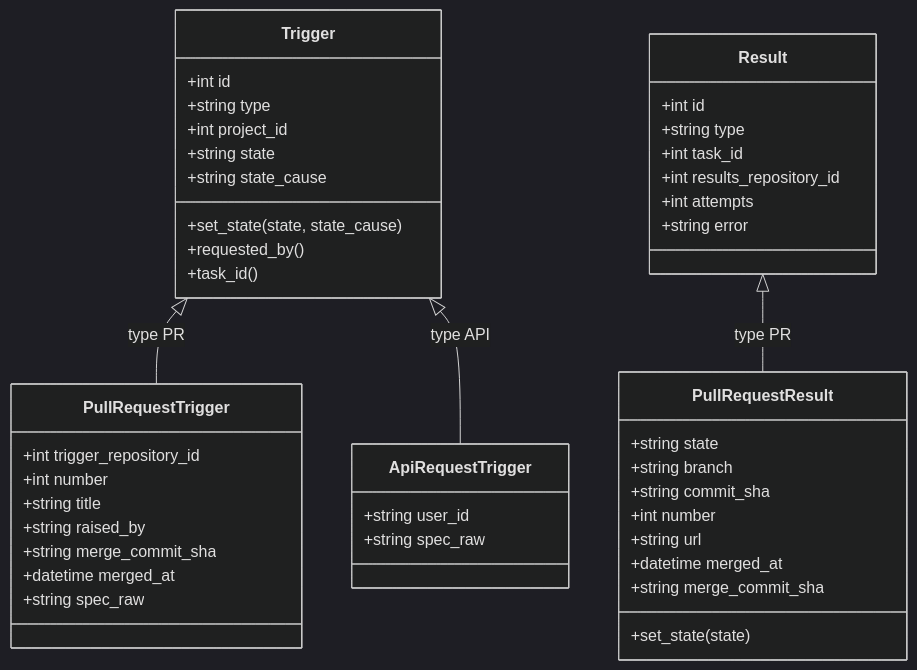
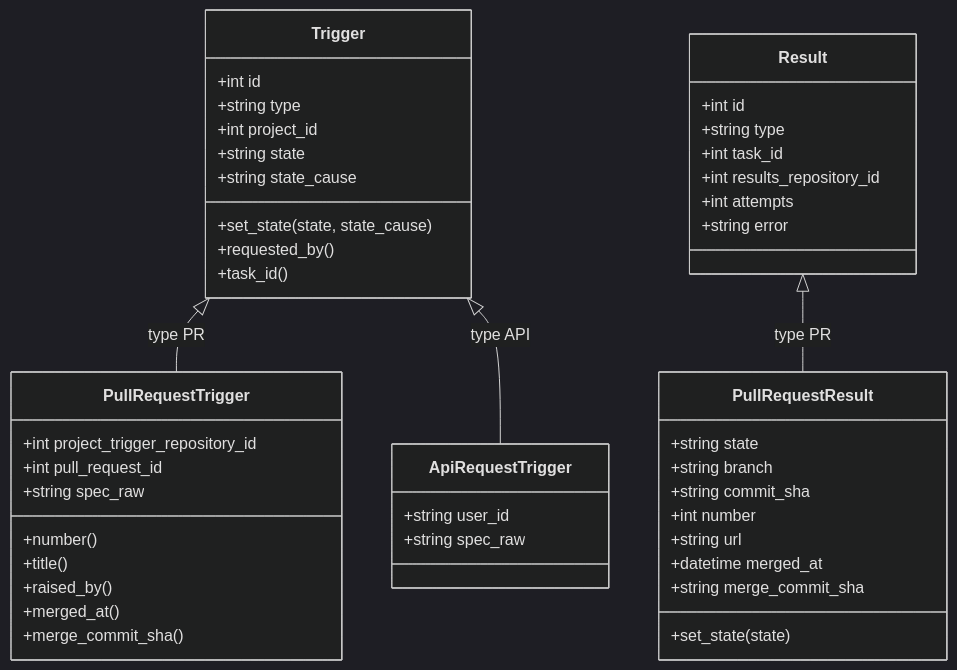
Before and after one commit to Aridhia-Open-Source/PHEMS_federated_node: the second of 5 diagrams in docs/architecture/entities.md, drawn with Mermaid (dark theme). The commit also changed other lines of this file and 15 other files, not shown here.

````diff
--- a/docs/architecture/entities.md
+++ b/docs/architecture/entities.md
@@ -139,48 +177,49 @@
 ```mermaid
 classDiagram
     class Trigger {
         +int id
         +string type
         +int project_id
         +string state
         +string state_cause
         +set_state(state, state_cause)
         +requested_by()
         +task_id()
     }
     class PullRequestTrigger {
-        +int trigger_repository_id
-        +int number
-        +string title
-        +string raised_by
-        +string merge_commit_sha
-        +datetime merged_at
+        +int project_trigger_repository_id
+        +int pull_request_id
         +string spec_raw
+        +number()
+        +title()
+        +raised_by()
+        +merged_at()
+        +merge_commit_sha()
     }
     class ApiRequestTrigger {
         +string user_id
         +string spec_raw
     }
     Trigger <|-- PullRequestTrigger : type PR
     Trigger <|-- ApiRequestTrigger : type API
 
     class Result {
         +int id
         +string type
         +int task_id
         +int results_repository_id
         +int attempts
         +string error
     }
     class PullRequestResult {
         +string state
         +string branch
         +string commit_sha
         +int number
         +string url
         +datetime merged_at
         +string merge_commit_sha
         +set_state(state)
     }
     Result <|-- PullRequestResult : type PR
 ```
````
